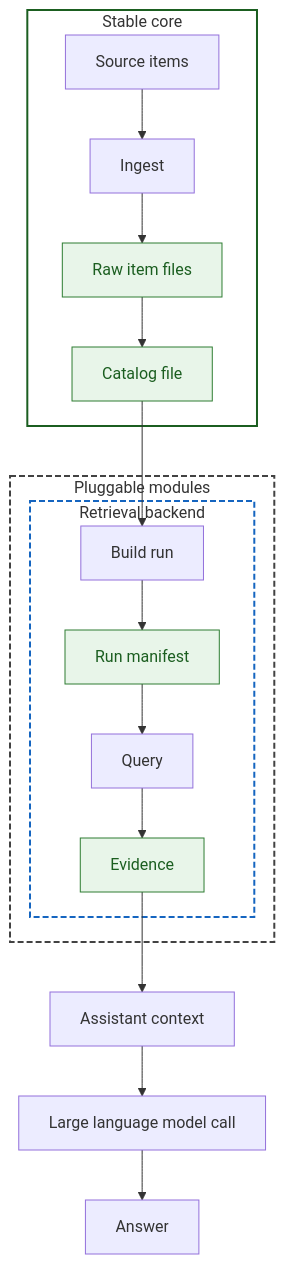
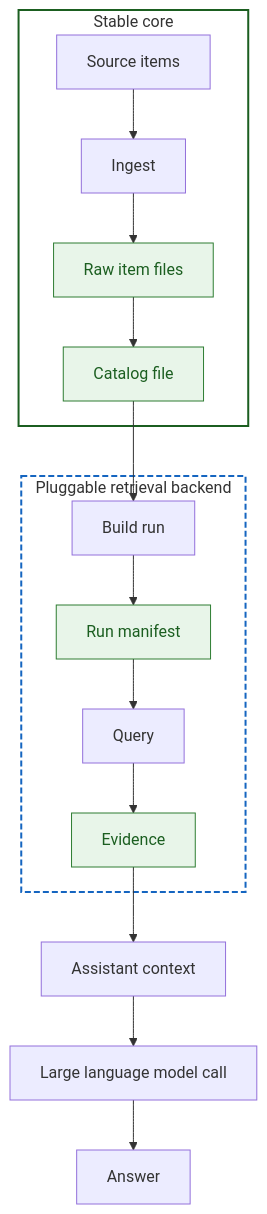
Before and after one commit to AnthusAI/Biblicus: the diagram in README.md, drawn with Mermaid.

Commit message:
docs: simplify pluggable region diagram

````diff
--- a/README.md
+++ b/README.md
@@ -35,31 +35,28 @@
 ```mermaid
 %%{init: {"flowchart": {"useMaxWidth": true}}}%%
 flowchart TD
   subgraph StableCore[Stable core]
     Source[Source items] --> Ingest[Ingest]
     Ingest --> Raw[Raw item files]
     Raw --> Catalog[Catalog file]
   end
 
-  subgraph PluggableModules[Pluggable modules]
-    subgraph RetrievalBackend[Retrieval backend]
-      Build[Build run] --> Run[Run manifest]
-      Run --> Query[Query]
-      Query --> Evidence[Evidence]
-    end
+  subgraph PluggableRetrievalBackend[Pluggable retrieval backend]
+    Build[Build run] --> Run[Run manifest]
+    Run --> Query[Query]
+    Query --> Evidence[Evidence]
   end
 
   Catalog --> Build
   Evidence --> Context[Assistant context]
   Context --> Model[Large language model call]
   Model --> Answer[Answer]
 
   style StableCore fill:#ffffff,stroke:#1b5e20,stroke-width:2px
-  style PluggableModules fill:#ffffff,stroke:#424242,stroke-dasharray:6 3,stroke-width:2px
-  style RetrievalBackend fill:#ffffff,stroke:#1565c0,stroke-dasharray:6 3,stroke-width:2px
+  style PluggableRetrievalBackend fill:#ffffff,stroke:#1565c0,stroke-dasharray:6 3,stroke-width:2px
 
   style Raw fill:#e8f5e9,stroke:#2e7d32,color:#1b5e20
   style Catalog fill:#e8f5e9,stroke:#2e7d32,color:#1b5e20
   style Run fill:#e8f5e9,stroke:#2e7d32,color:#1b5e20
   style Evidence fill:#e8f5e9,stroke:#2e7d32,color:#1b5e20
 ```
````
